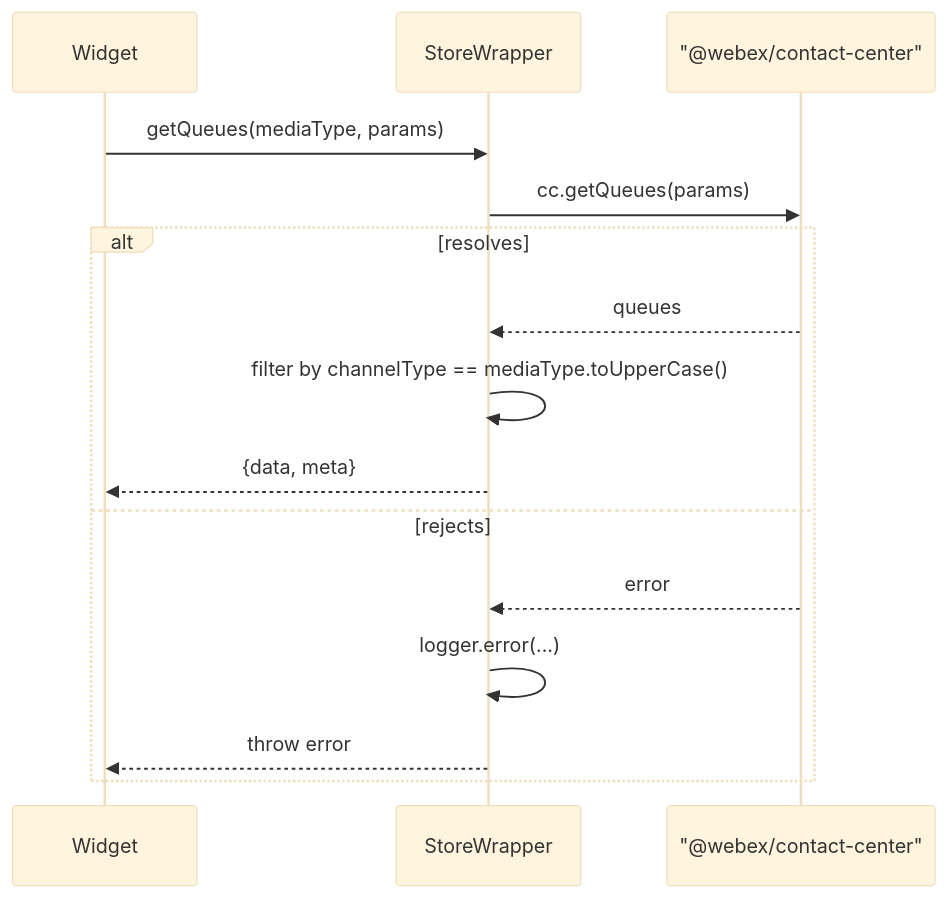
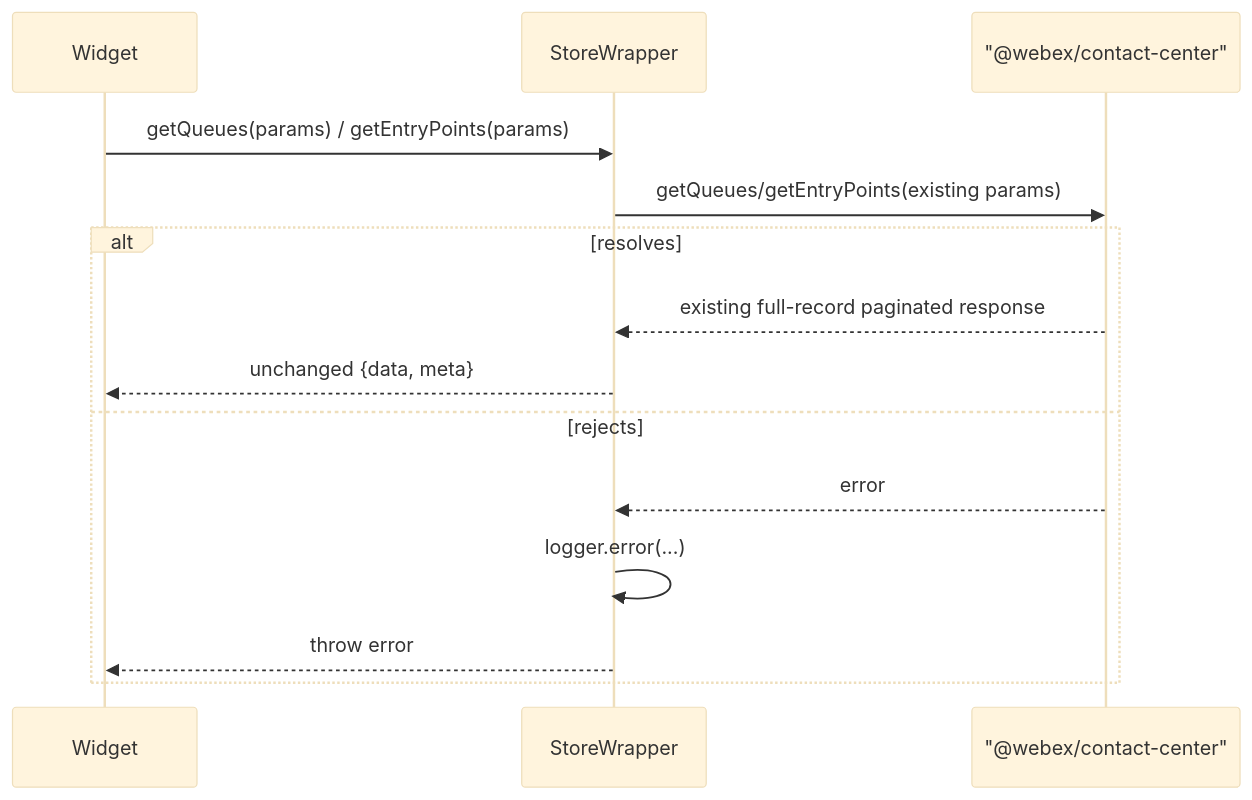
Before and after one commit to webex/widgets: the fifth of 6 diagrams in packages/contact-center/store/ai-docs/store-spec.md, drawn with Mermaid (base theme). The commit also changed other lines of this file and 33 other files, not shown here.

````diff
--- a/packages/contact-center/store/ai-docs/store-spec.md
+++ b/packages/contact-center/store/ai-docs/store-spec.md
@@ -241,18 +242,17 @@
 ```mermaid
 sequenceDiagram
   participant Widget
   participant W as StoreWrapper
   participant SDK as "@webex/contact-center"
 
-  Widget->>W: getQueues(mediaType, params)
-  W->>SDK: cc.getQueues(params)
+  Widget->>W: getQueues(params) / getEntryPoints(params)
+  W->>SDK: getQueues/getEntryPoints(existing params)
   alt resolves
-    SDK-->>W: queues
-    W->>W: filter by channelType == mediaType.toUpperCase()
-    W-->>Widget: {data, meta}
+    SDK-->>W: existing full-record paginated response
+    W-->>Widget: unchanged {data, meta}
   else rejects
     SDK-->>W: error
     W->>W: logger.error(...)
     W-->>Widget: throw error
   end
 ```
````
